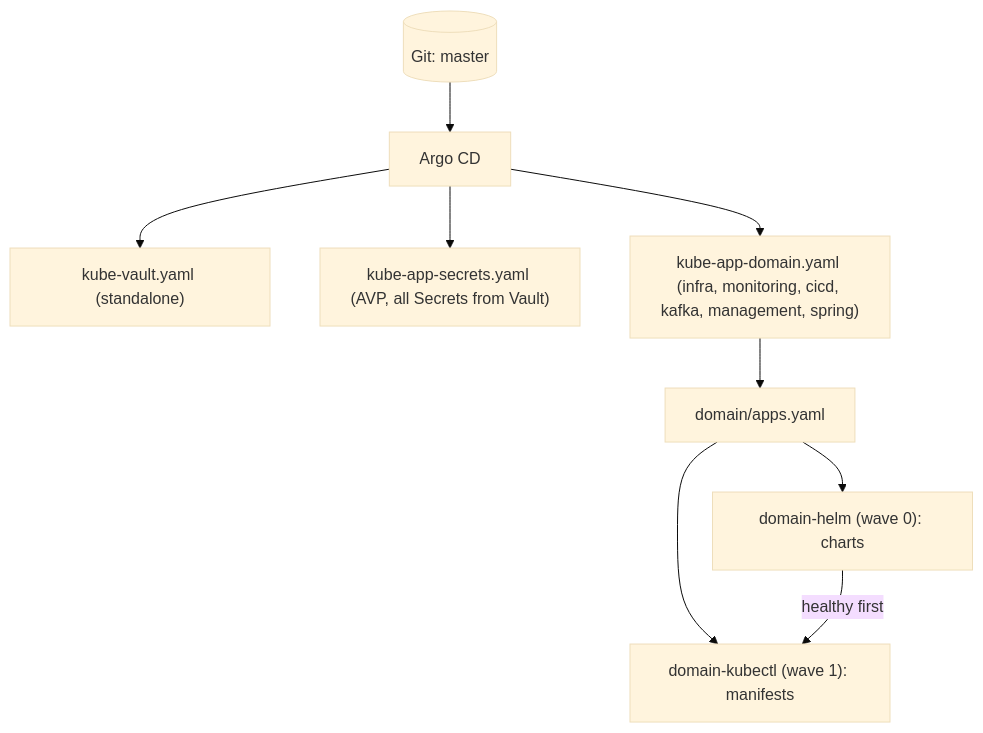
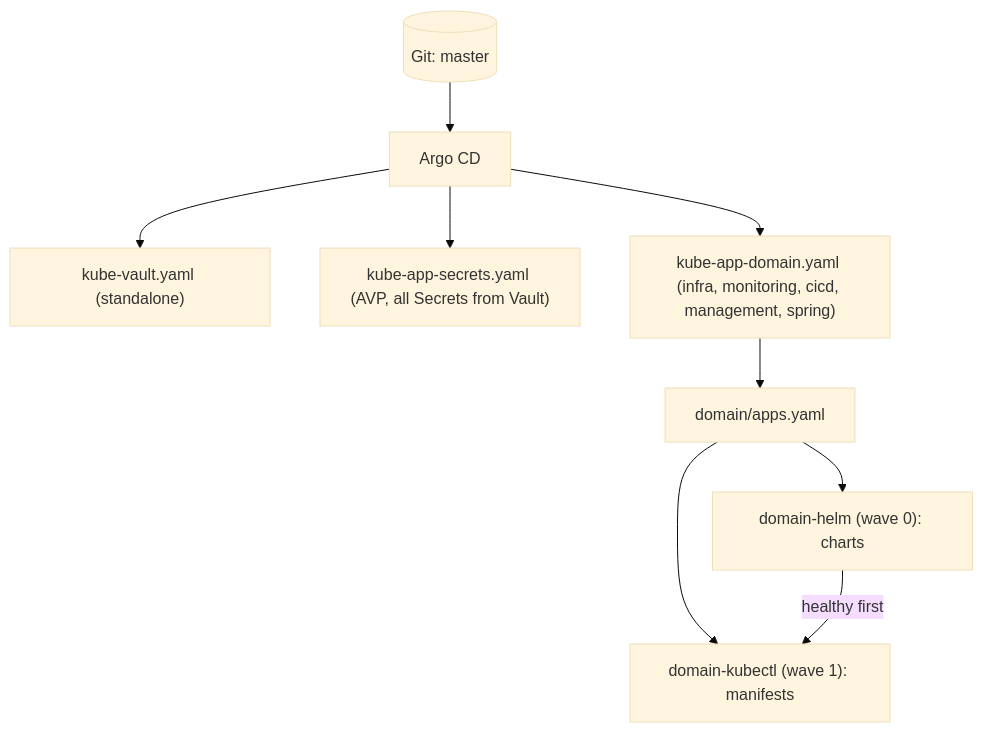
One commit to ToXiCCuss/gitops changed the first of 2 diagrams in docs/kubernetes.md. Above: the diagram before and after it, drawn with Mermaid (base theme). The commit also changed other lines of this file and 11 other files, not shown here.

````diff
--- a/docs/kubernetes.md
+++ b/docs/kubernetes.md
@@ -16,11 +16,11 @@
 ```mermaid
 flowchart TD
   git[("Git: master")] --> argocd["Argo CD"]
   argocd --> vaultapp["kube-vault.yaml (standalone)"]
   argocd --> secretsapp["kube-app-secrets.yaml (AVP, all Secrets from Vault)"]
-  argocd --> domains["kube-app-domain.yaml (infra, monitoring, cicd, kafka, management, spring)"]
+  argocd --> domains["kube-app-domain.yaml (infra, monitoring, cicd, management, spring)"]
   domains --> apps["domain/apps.yaml"]
   apps --> helm["domain-helm (wave 0): charts"]
   apps --> kubectl["domain-kubectl (wave 1): manifests"]
   helm -->|"healthy first"| kubectl
 ```
````
